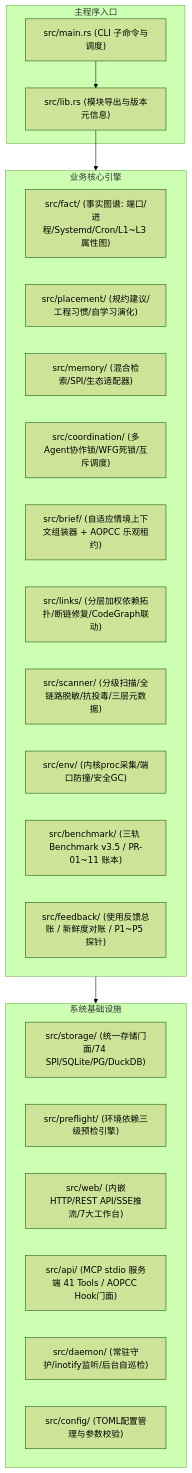
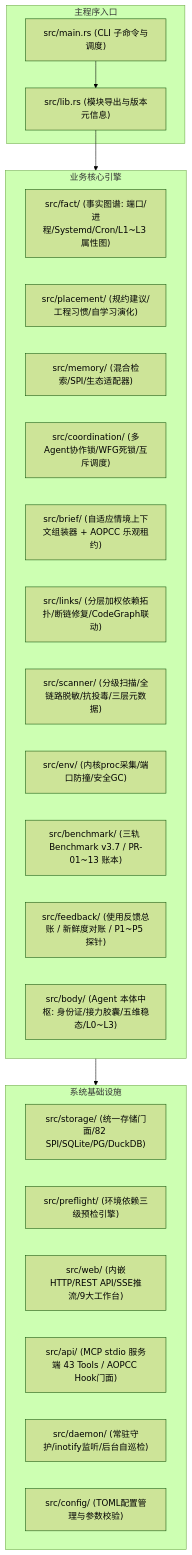
The first of 2 diagrams in arch/02-for-developers.md (digoal/agent-body), drawn with Mermaid (forest theme) before and after one commit. The commit also changed other lines of this file and 82 other files, not shown here.

Commit message:
feat(body,audit): complete Phase 43-45 Agent Embodiment Substrate, Cross-Brain Continuity & Dual-Domain Audit (#27)

````diff
--- a/arch/02-for-developers.md
+++ b/arch/02-for-developers.md
@@ -12,33 +13,34 @@
 ```mermaid
 graph TD
     subgraph MainApp["主程序入口"]
         M["src/main.rs (CLI 子命令与调度)"]
         L["src/lib.rs (模块导出与版本元信息)"]
     end
 
         subgraph CoreEngines["业务核心引擎"]
             FACT["src/fact/ (事实图谱: 端口/进程/Systemd/Cron/L1~L3 属性图)"]
             PLACE["src/placement/ (规约建议/工程习惯/自学习演化)"]
             MEM["src/memory/ (混合检索/SPI/生态适配器)"]
             COORD["src/coordination/ (多Agent协作锁/WFG死锁/互斥调度)"]
             BRIEF["src/brief/ (自适应情境上下文组装器 + AOPCC 乐观租约)"]
             LINKS["src/links/ (分层加权依赖拓扑/断链修复/CodeGraph联动)"]
             SCAN["src/scanner/ (分级扫描/全链路脱敏/抗投毒/三层元数据)"]
             ENV["src/env/ (内核proc采集/端口防撞/安全GC)"]
-            BENCH["src/benchmark/ (三轨 Benchmark v3.5 / PR-01~11 账本)"]
+            BENCH["src/benchmark/ (三轨 Benchmark v3.7 / PR-01~13 账本)"]
             FB["src/feedback/ (使用反馈总账 / 新鲜度对账 / P1~P5 探针)"]
+            BODY["src/body/ (Agent 本体中枢: 身份证/接力胶囊/五维稳态/L0~L3)"]
         end
 
     subgraph Infrastructure["系统基础设施"]
-        STORAGE["src/storage/ (统一存储门面/74 SPI/SQLite/PG/DuckDB)"]
+        STORAGE["src/storage/ (统一存储门面/82 SPI/SQLite/PG/DuckDB)"]
         PRE["src/preflight/ (环境依赖三级预检引擎)"]
-        WEB["src/web/ (内嵌HTTP/REST API/SSE推流/7大工作台)"]
-        MCP["src/api/ (MCP stdio 服务端 41 Tools / AOPCC Hook门面)"]
+        WEB["src/web/ (内嵌HTTP/REST API/SSE推流/9大工作台)"]
+        MCP["src/api/ (MCP stdio 服务端 43 Tools / AOPCC Hook门面)"]
         DAEMON["src/daemon/ (常驻守护/inotify监听/后台自巡检)"]
         CFG["src/config/ (TOML配置管理与参数校验)"]
     end
 
     M --> L
     L --> CoreEngines
     CoreEngines --> Infrastructure
 ```
````
